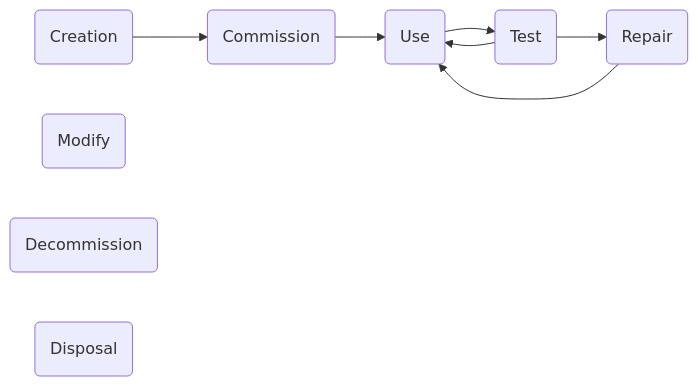
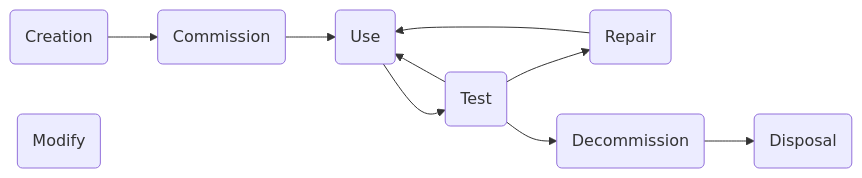
The diagram in asset-tracking.md (srobo/kitbook), drawn with Mermaid before and after one commit.

Commit message:
Updates asset-tracking.md
Auto commit by GitBook Editor

```diff
--- a/asset-tracking.md
+++ b/asset-tracking.md
@@ -21,18 +21,20 @@
 {% mermaid %}
 graph LR
   create(Creation)
   commission(Commission)
   use(Use)
   test(Test)
   repair(Repair)
   modify(Modify)
   decommission(Decommission)
   disposal(Disposal)
   
   create-->commission
   commission-->use
   use-->test
   test-->repair
   test-->use
   repair-->use
+  test-->decommission
+  decommission-->disposal
 {% endmermaid %}
```
